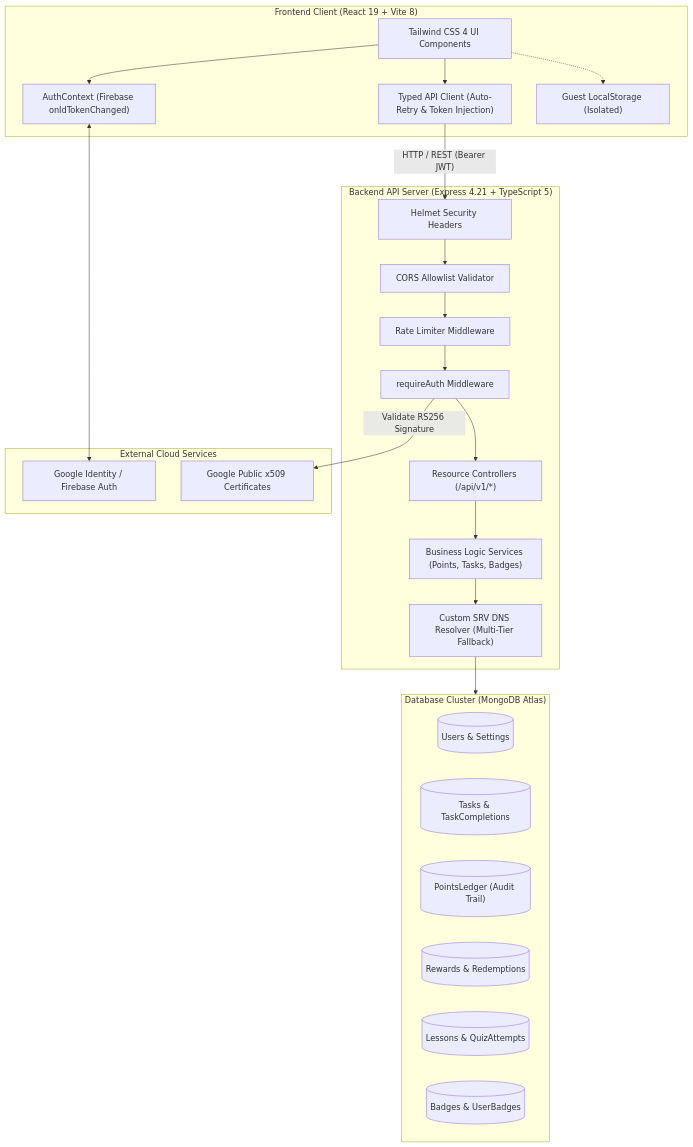
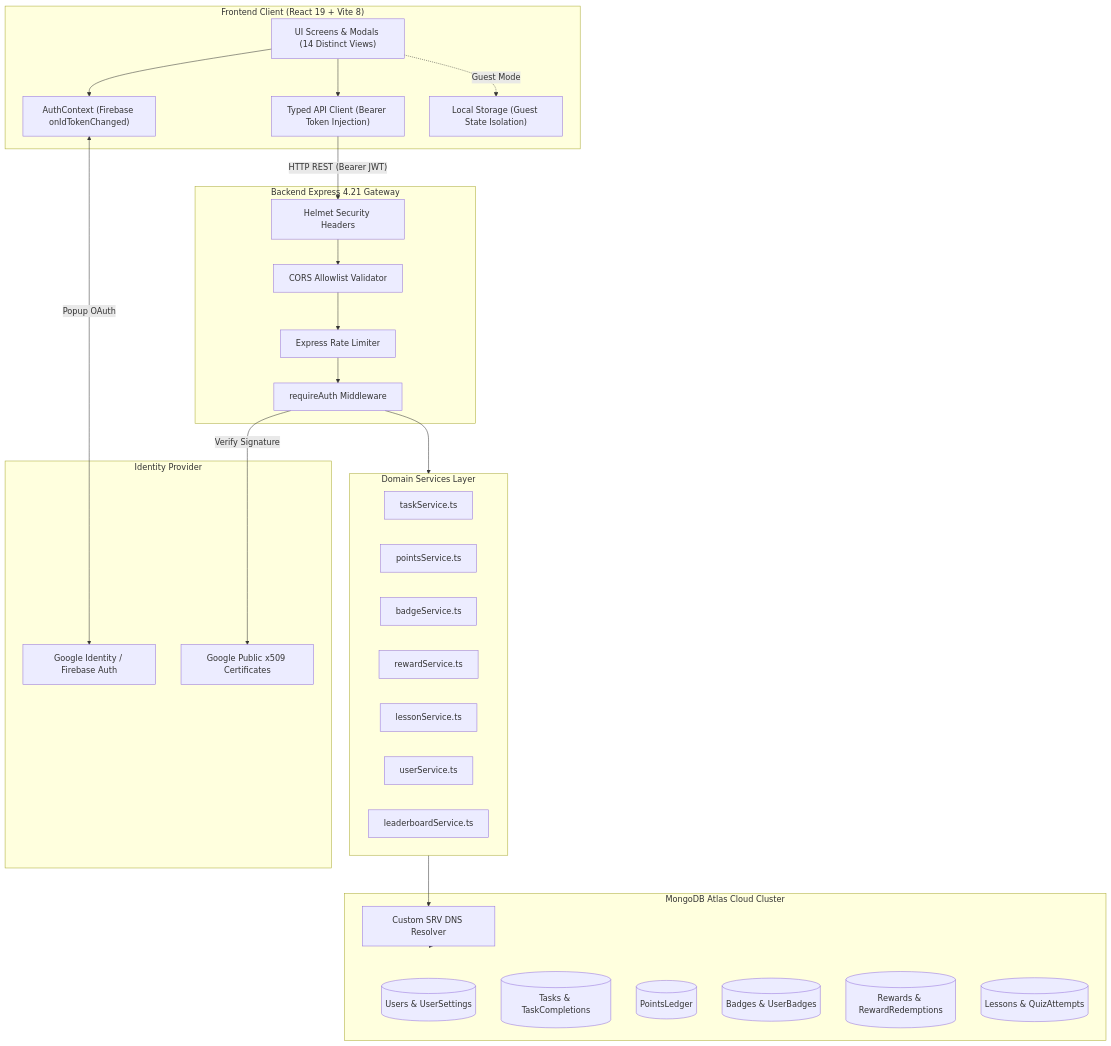
One commit to ps06222005-oss/Project---Gridshield- changed the second of 3 diagrams in README.md. Above: the diagram before and after it, drawn with Mermaid. The commit also changed other lines of this file, not shown here.

````diff
--- a/README.md
+++ b/README.md
@@ -122,44 +158,51 @@
 ```mermaid
 flowchart TD
     subgraph Client["Frontend Client (React 19 + Vite 8)"]
-        UI["Tailwind CSS 4 UI Components"]
-        AuthContext["AuthContext (Firebase onIdTokenChanged)"]
-        ApiClient["Typed API Client (Auto-Retry & Token Injection)"]
-        GuestStore["Guest LocalStorage (Isolated)"]
+        UI["UI Screens & Modals (14 Distinct Views)"]
+        AuthCtx["AuthContext (Firebase onIdTokenChanged)"]
+        ApiClient["Typed API Client (Bearer Token Injection)"]
+        LocalStore["Local Storage (Guest State Isolation)"]
     end
 
-    subgraph External["External Cloud Services"]
-        GoogleAuth["Google Identity / Firebase Auth"]
+    subgraph Auth["Identity Provider"]
+        GoogleOAuth["Google Identity / Firebase Auth"]
         GoogleCerts["Google Public x509 Certificates"]
     end
 
-    subgraph Backend["Backend API Server (Express 4.21 + TypeScript 5)"]
-        Helmet["Helmet Security Headers"]
-        Cors["CORS Allowlist Validator"]
-        RateLimit["Rate Limiter Middleware"]
-        AuthMiddleware["requireAuth Middleware"]
-        Controllers["Resource Controllers (/api/v1/*)"]
-        Services["Business Logic Services (Points, Tasks, Badges)"]
-        DnsResolver["Custom SRV DNS Resolver (Multi-Tier Fallback)"]
+    subgraph Gateway["Backend Express 4.21 Gateway"]
+        HelmetMW["Helmet Security Headers"]
+        CorsMW["CORS Allowlist Validator"]
+        RateLimitMW["Express Rate Limiter"]
+        AuthMW["requireAuth Middleware"]
     end
 
-    subgraph Database["Database Cluster (MongoDB Atlas)"]
-        Users[("Users & Settings")]
-        TasksColl[("Tasks & TaskCompletions")]
-        PointsColl[("PointsLedger (Audit Trail)")]
-        RewardsColl[("Rewards & Redemptions")]
-        LessonsColl[("Lessons & QuizAttempts")]
-        BadgesColl[("Badges & UserBadges")]
+    subgraph Services["Domain Services Layer"]
+        TaskSvc["taskService.ts"]
+        PointsSvc["pointsService.ts"]
+        BadgeSvc["badgeService.ts"]
+        RewardSvc["rewardService.ts"]
+        LessonSvc["lessonService.ts"]
+        UserSvc["userService.ts"]
+        LBSvc["leaderboardService.ts"]
     end
 
-    UI --> AuthContext
+    subgraph Database["MongoDB Atlas Cloud Cluster"]
+        DnsFallback["Custom SRV DNS Resolver"]
+        MongoUsers[("Users & UserSettings")]
+        MongoTasks[("Tasks & TaskCompletions")]
+        MongoPoints[("PointsLedger")]
+        MongoBadges[("Badges & UserBadges")]
+        MongoRewards[("Rewards & RewardRedemptions")]
+        MongoLessons[("Lessons & QuizAttempts")]
+    end
+
+    UI --> AuthCtx
     UI --> ApiClient
-    UI -.-> GuestStore
-    AuthContext <--> GoogleAuth
-    ApiClient -->|"HTTP / REST (Bearer JWT)"| Helmet
-    Helmet --> Cors --> RateLimit --> AuthMiddleware
-    AuthMiddleware -->|"Validate RS256 Signature"| GoogleCerts
-    AuthMiddleware --> Controllers
-    Controllers --> Services
-    Services --> DnsResolver --> Database
+    UI -.->|"Guest Mode"| LocalStore
+    AuthCtx <-->|"Popup OAuth"| GoogleOAuth
+    ApiClient -->|"HTTP REST (Bearer JWT)"| HelmetMW
+    HelmetMW --> CorsMW --> RateLimitMW --> AuthMW
+    AuthMW -->|"Verify Signature"| GoogleCerts
+    AuthMW --> Services
+    Services --> DnsFallback --> Database
 ```
````
